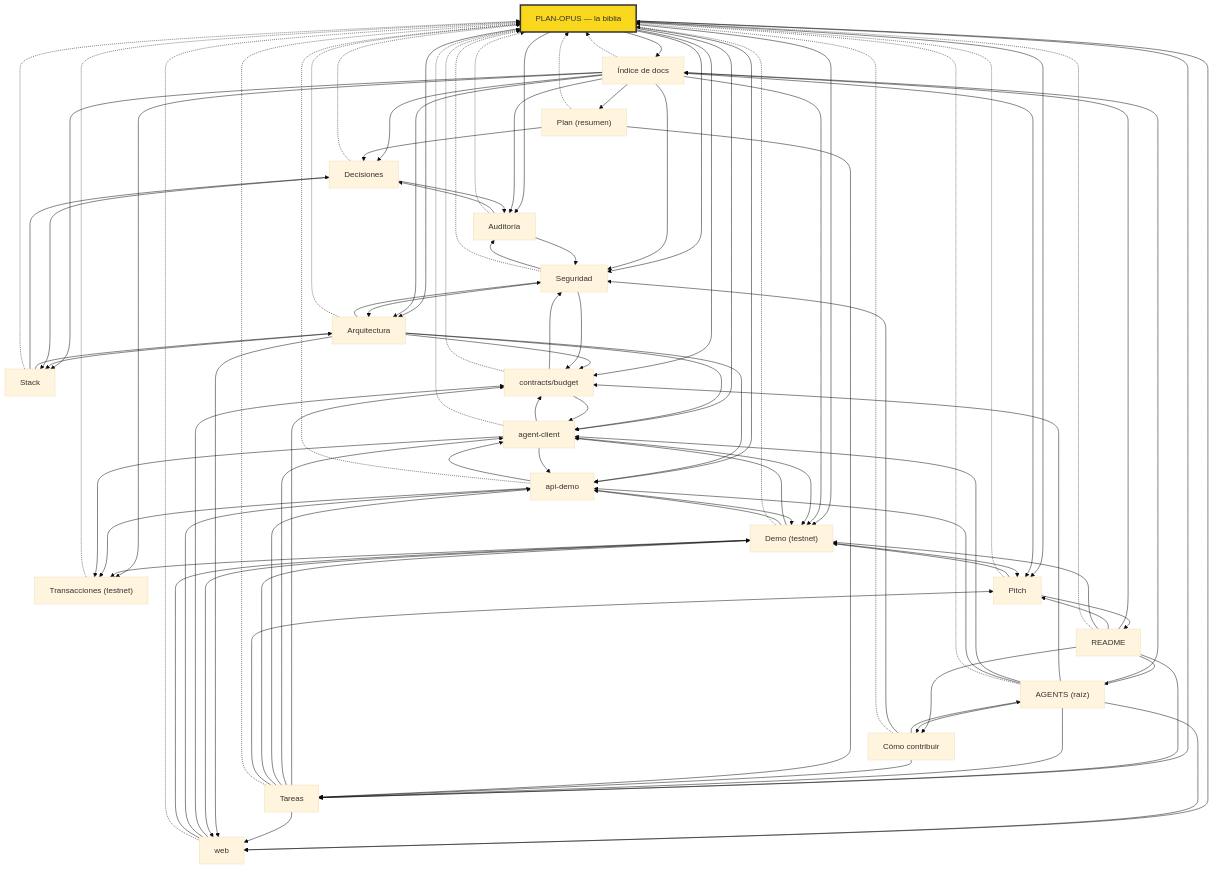
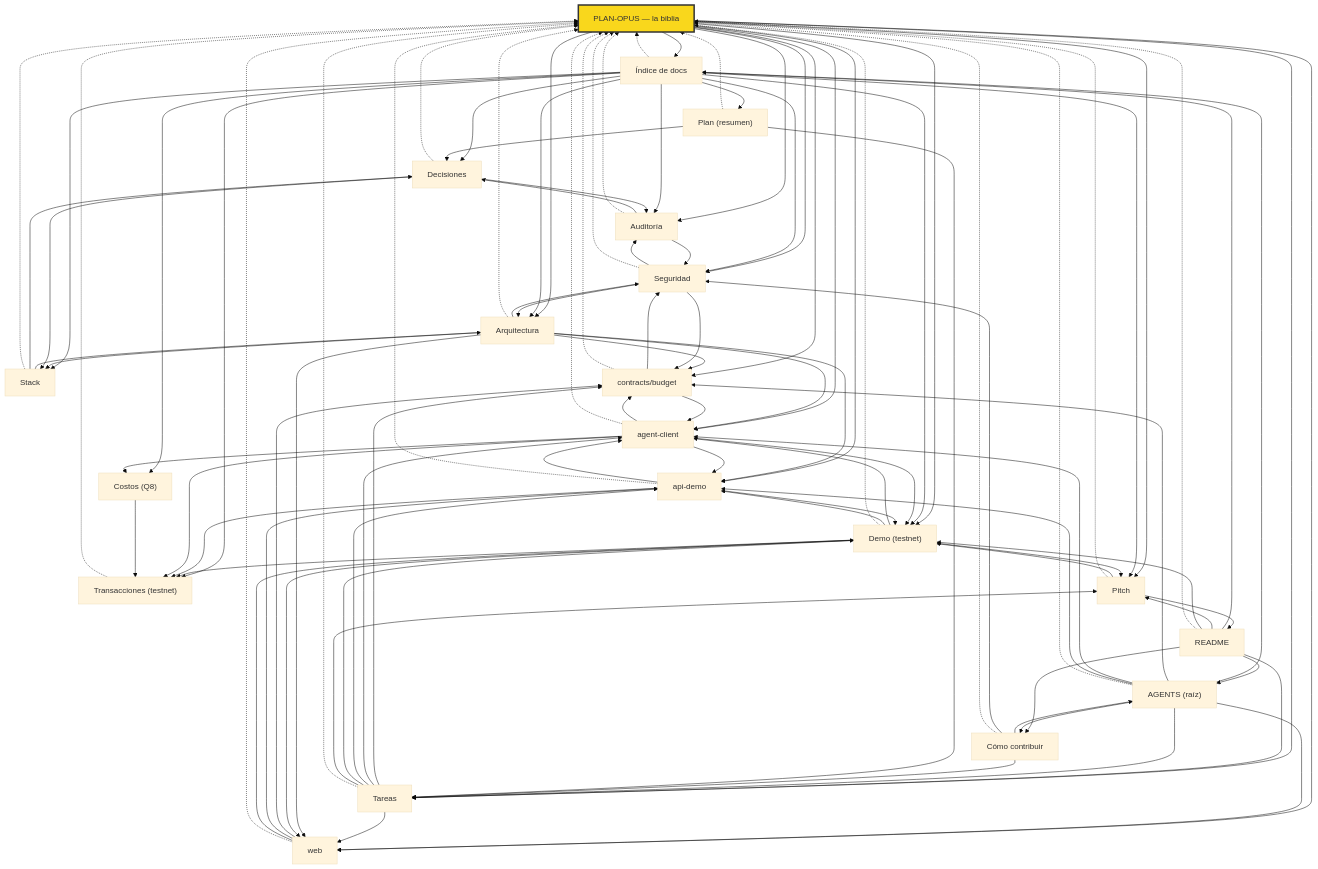
One commit to Milasur/quickchain changed the diagram in docs/MAPA.md. Above: the diagram before and after it, drawn with Mermaid (base theme). The commit also changed other lines of this file and 4 other files, not shown here.

Commit message:
Q8: docs/COSTOS.md con fees medidos en testnet; transacciones, MAPA, INDICE, DECISIONES

```diff
--- a/docs/MAPA.md
+++ b/docs/MAPA.md
@@ -18,6 +18,7 @@
   docs_AUDITORIA_md["Auditoría"]
   docs_DEMO_md["Demo (testnet)"]
   docs_transacciones_md["Transacciones (testnet)"]
+  docs_COSTOS_md["Costos (Q8)"]
   docs_PITCH_md["Pitch"]
   contracts_budget_AGENTS_md["contracts/budget"]
   agent_client_AGENTS_md["agent-client"]
@@ -87,6 +88,9 @@
   docs_DEMO_md --> docs_transacciones_md
   api_demo_AGENTS_md --> docs_transacciones_md
   agent_client_AGENTS_md --> docs_transacciones_md
+  docs_INDICE_md --> docs_COSTOS_md
+  docs_COSTOS_md --> docs_transacciones_md
+  agent_client_AGENTS_md --> docs_COSTOS_md
   docs_DEMO_md --> agent_client_AGENTS_md
   docs_DEMO_md --> api_demo_AGENTS_md
   docs_DEMO_md --> web_AGENTS_md
```
